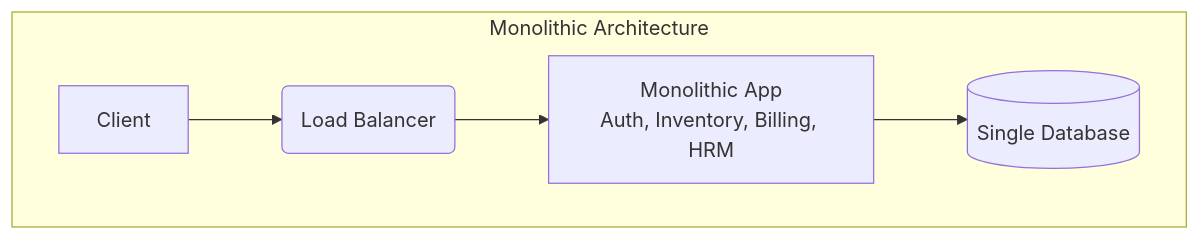
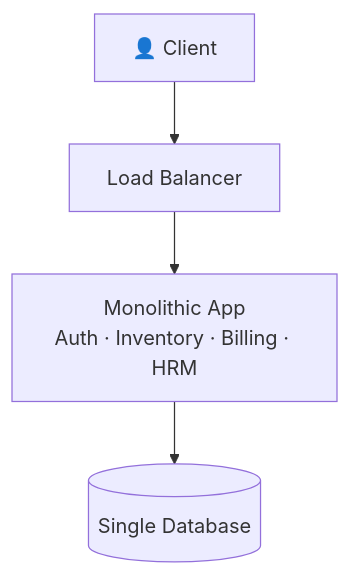
Before and after one commit to sajidur/Book: the eighth of 9 diagrams in manuscript/part-1-foundation/ch01-system-design-introduction.md, drawn with Mermaid. The commit also changed other lines of this file and 144 other files, not shown here.

````diff
--- a/manuscript/part-1-foundation/ch01-system-design-introduction.md
+++ b/manuscript/part-1-foundation/ch01-system-design-introduction.md
@@ -228,8 +452,7 @@
 ```mermaid
-graph TD
-    subgraph Monolithic Architecture
-        A[Client] --> B(Load Balancer)
-        B --> C[Monolithic App<br>Auth, Inventory, Billing, HRM]
-        C --> D[(Single Database)]
-    end
+%% caption: Monolithic Architecture: এক application, এক database
+flowchart TD
+    A["👤 Client"]:::client --> B["Load Balancer"]:::infra
+    B --> C["Monolithic App<br/>Auth · Inventory · Billing · HRM"]:::svc
+    C --> D[("Single Database")]:::db
 ```
````
